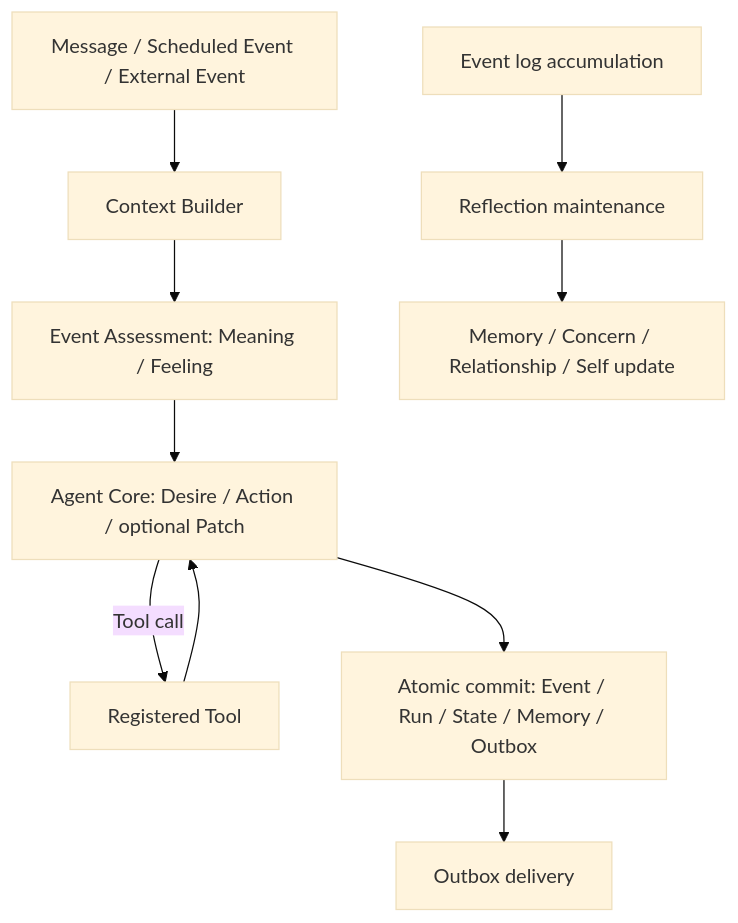
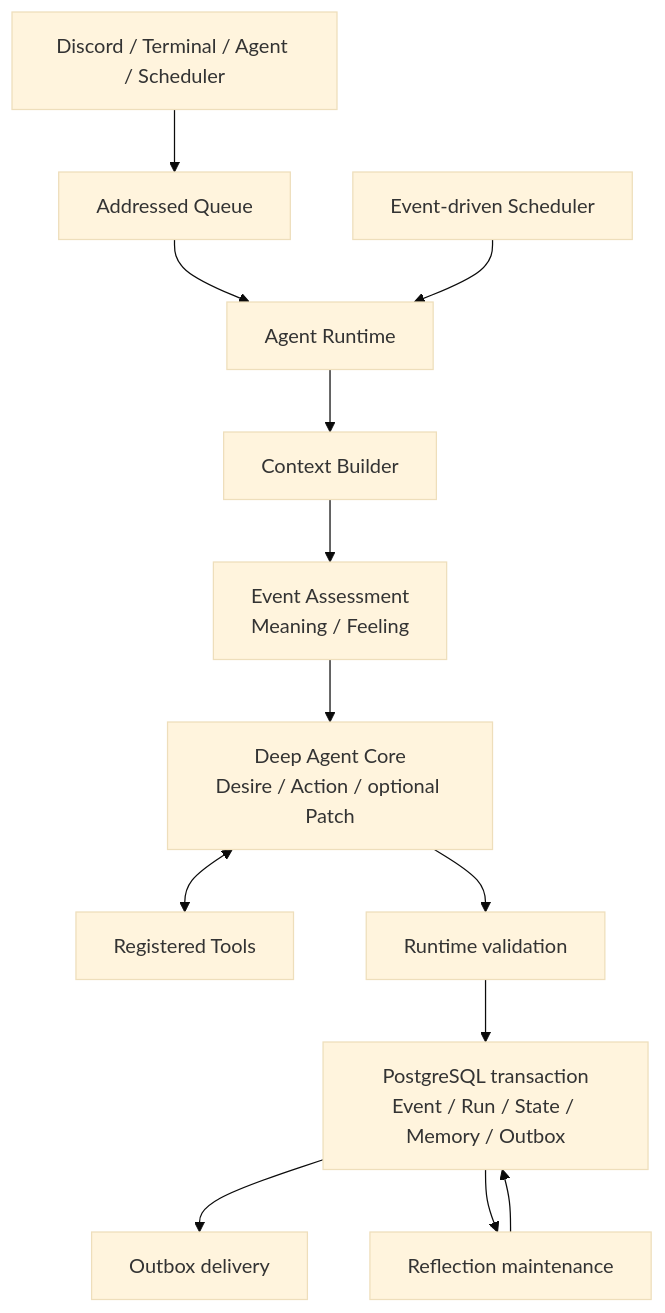
Before and after one commit to if001/social_agent: the diagram in docs/ARCHITECTURE.md, drawn with Mermaid (base theme). The commit also changed other lines of this file and 3 other files, not shown here.

Commit message:
docs: sync architecture with current runtime

````diff
--- a/docs/ARCHITECTURE.md
+++ b/docs/ARCHITECTURE.md
@@ -7,12 +7,15 @@
 ```mermaid
 flowchart TD
-  E[Message / Scheduled Event / External Event] --> C[Context Builder]
-  C --> A[Event Assessment: Meaning / Feeling]
-  A --> K[Agent Core: Desire / Action / optional Patch]
-  K -->|Tool call| T[Registered Tool]
-  T --> K
-  K --> P[Atomic commit: Event / Run / State / Memory / Outbox]
+  U[Discord / Terminal / Agent / Scheduler] --> Q[Addressed Queue]
+  Q --> R[Agent Runtime]
+  R --> C[Context Builder]
+  C --> E[Event Assessment<br/>Meaning / Feeling]
+  E --> A[Deep Agent Core<br/>Desire / Action / optional Patch]
+  A <--> T[Registered Tools]
+  A --> V[Runtime validation]
+  V --> P[PostgreSQL transaction<br/>Event / Run / State / Memory / Outbox]
   P --> O[Outbox delivery]
-  L[Event log accumulation] --> R[Reflection maintenance]
-  R --> P2[Memory / Concern / Relationship / Self update]
+  S[Event-driven Scheduler] --> R
+  P --> F[Reflection maintenance]
+  F --> P
 ```
````
